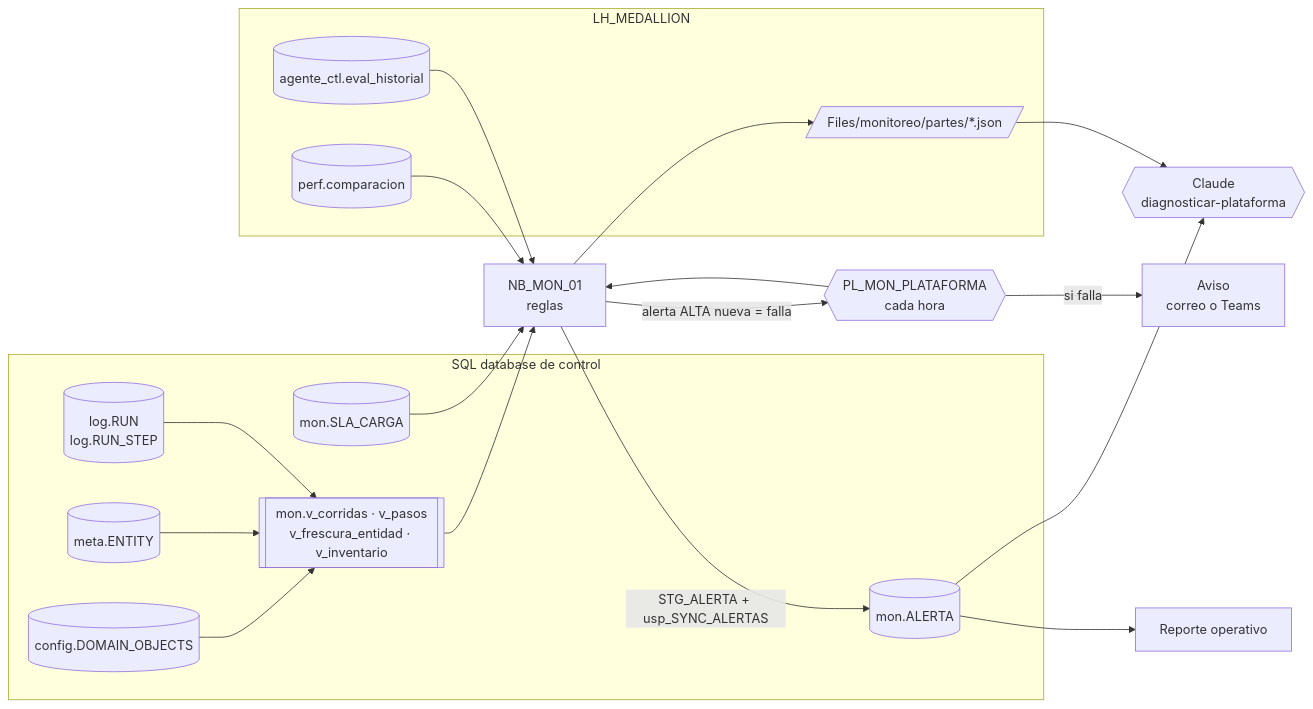
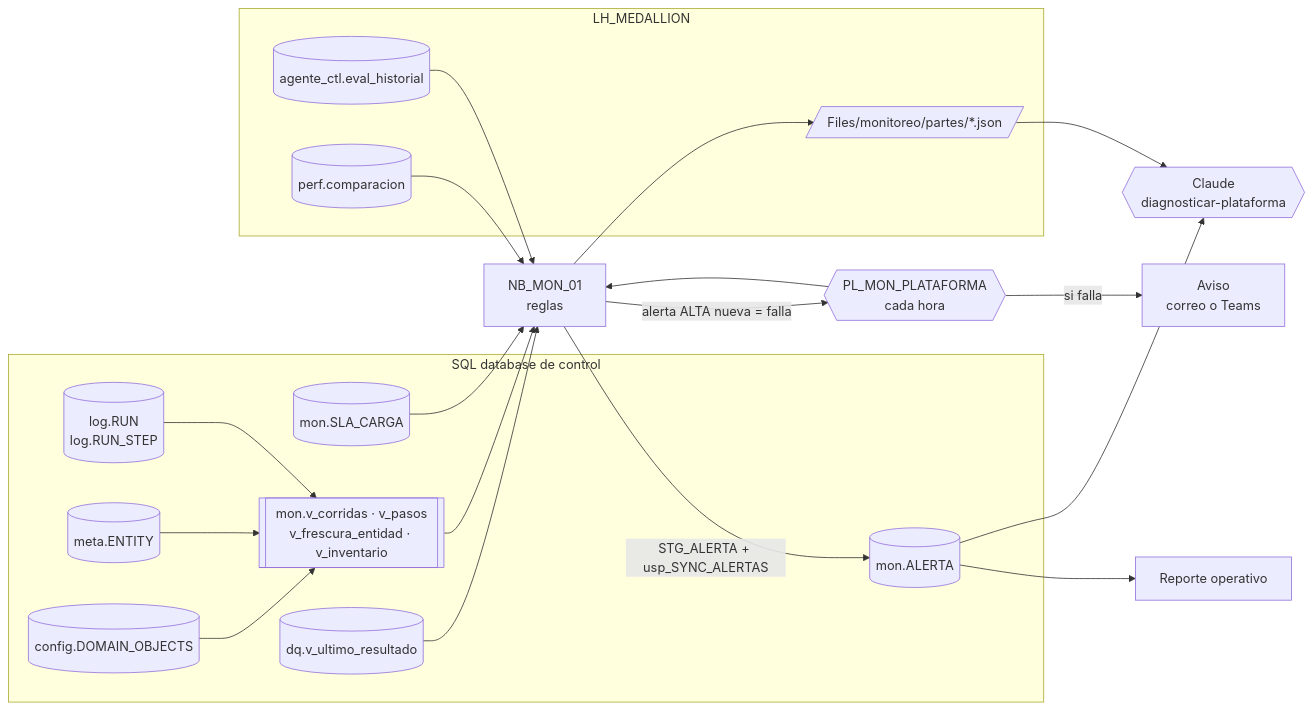
Before and after one commit to estebanotero/BIA: the diagram in Monitoreo_Plataforma/README.md, drawn with Mermaid. The commit also changed other lines of this file and 16 other files, not shown here.

````diff
--- a/Monitoreo_Plataforma/README.md
+++ b/Monitoreo_Plataforma/README.md
@@ -16,37 +16,39 @@
 ```mermaid
 flowchart LR
     subgraph CTRL[SQL database de control]
         LOG[(log.RUN<br/>log.RUN_STEP)]
         META[(meta.ENTITY)]
         CFG[(config.DOMAIN_OBJECTS)]
         SLA[(mon.SLA_CARGA)]
         V[[mon.v_corridas · v_pasos<br/>v_frescura_entidad · v_inventario]]
         AL[(mon.ALERTA)]
+        DQ[(dq.v_ultimo_resultado)]
     end
     subgraph LH[LH_MEDALLION]
         EV[(agente_ctl.eval_historial)]
         PF[(perf.comparacion)]
         PT[/Files/monitoreo/partes/*.json/]
     end
     NB[NB_MON_01<br/>reglas]
     PL{{PL_MON_PLATAFORMA<br/>cada hora}}
     AV[Aviso<br/>correo o Teams]
     RP[Reporte operativo]
     CL{{Claude<br/>diagnosticar-plataforma}}
 
     LOG --> V
     META --> V
     CFG --> V
     V --> NB
     SLA --> NB
     EV --> NB
     PF --> NB
+    DQ --> NB
     PL --> NB
     NB -->|STG_ALERTA + usp_SYNC_ALERTAS| AL
     NB --> PT
     NB -->|alerta ALTA nueva = falla| PL
     PL -->|si falla| AV
     AL --> RP
     PT --> CL
     AL --> CL
 ```
````
